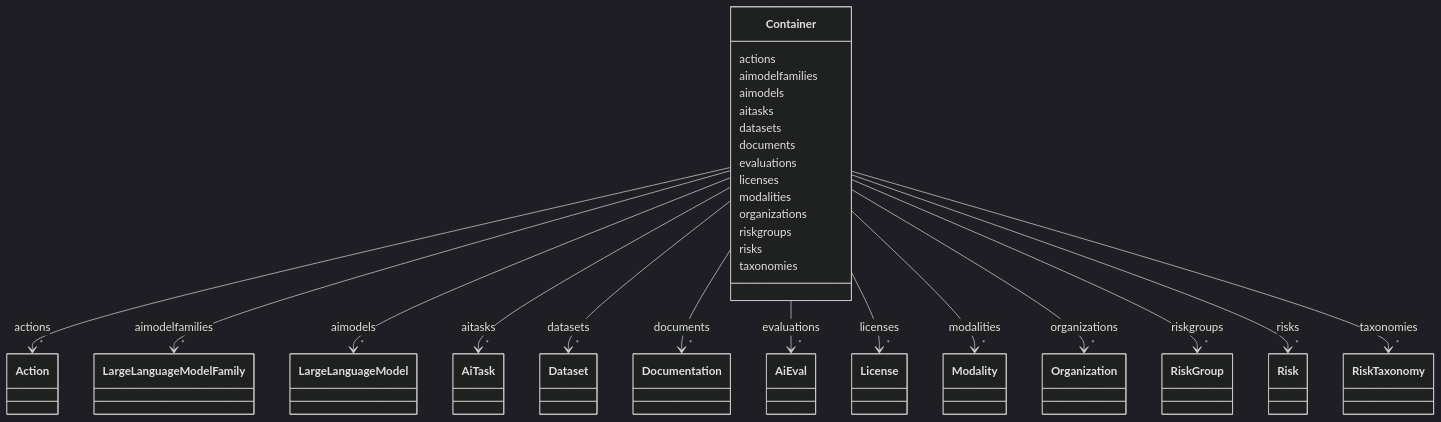
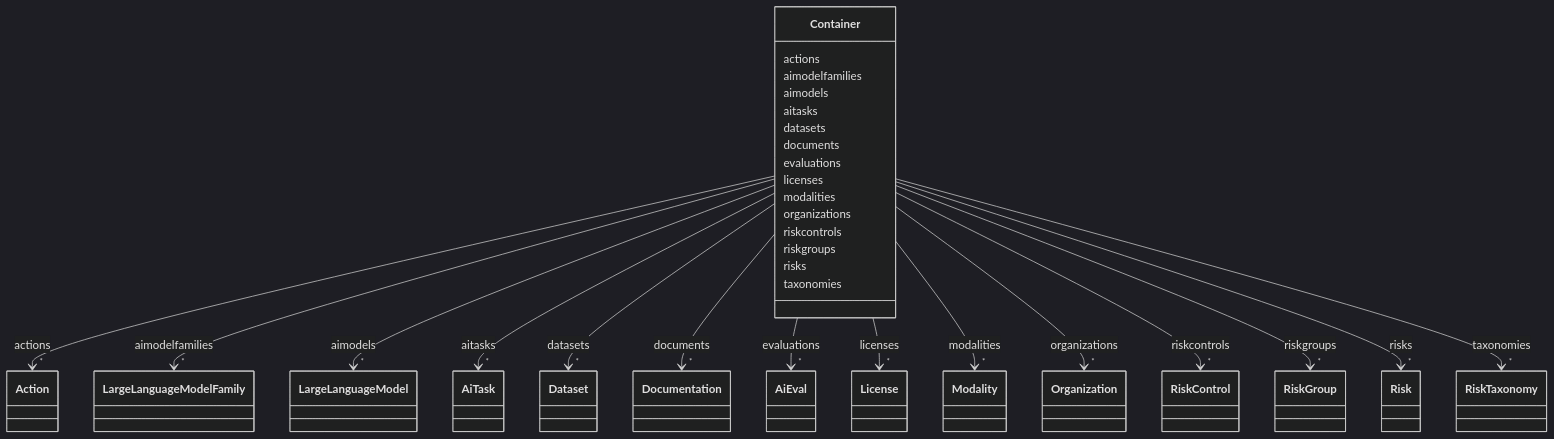
Before and after one commit to zrlfba/risk-atlas-nexus: the diagram in docs/ontology/Container.md, drawn with Mermaid (dark theme). The commit also changed other lines of this file and 49 other files, not shown here.

```diff
--- a/docs/ontology/Container.md
+++ b/docs/ontology/Container.md
@@ -110,6 +110,15 @@
     click Organization href "../Organization"
 
         
+      Container : riskcontrols
+        
+          
+    
+    
+    Container --> "*" RiskControl : riskcontrols
+    click RiskControl href "../RiskControl"
+
+        
       Container : riskgroups
         
           
```
